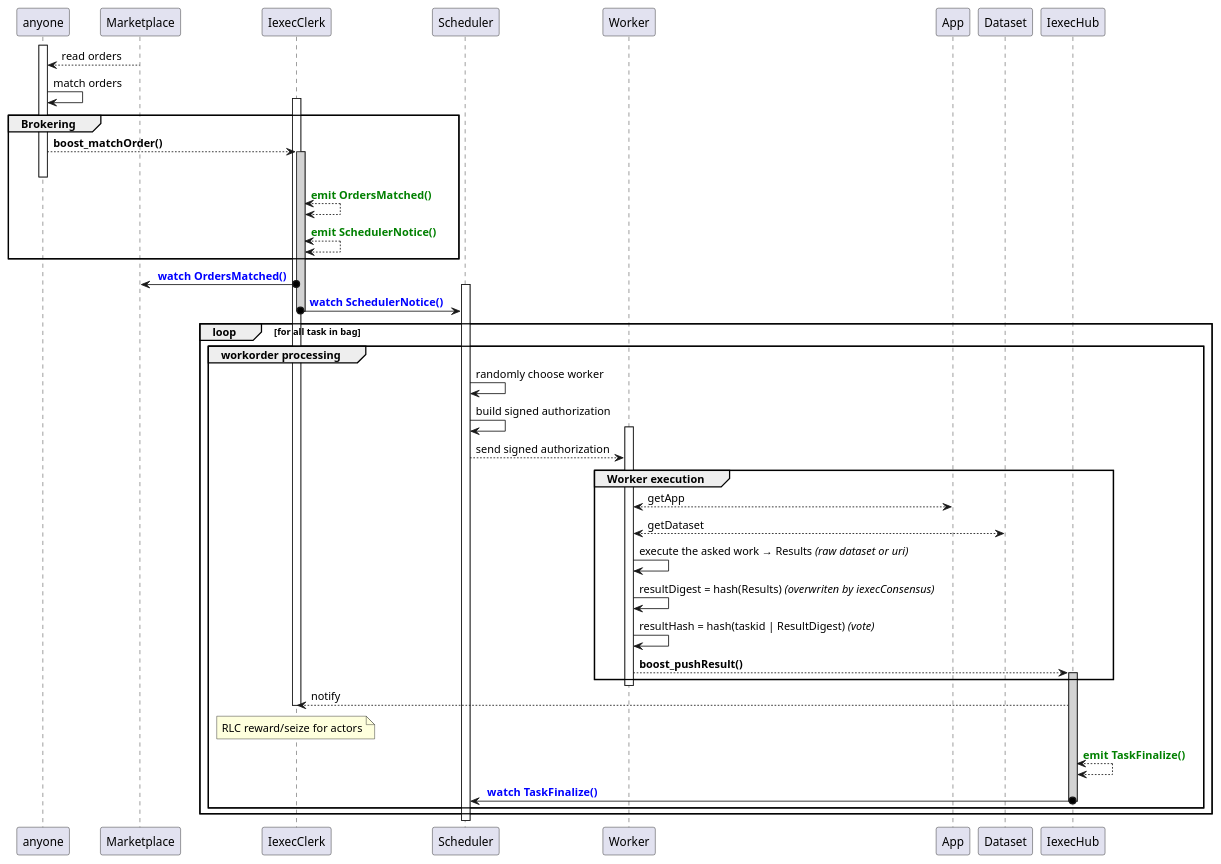
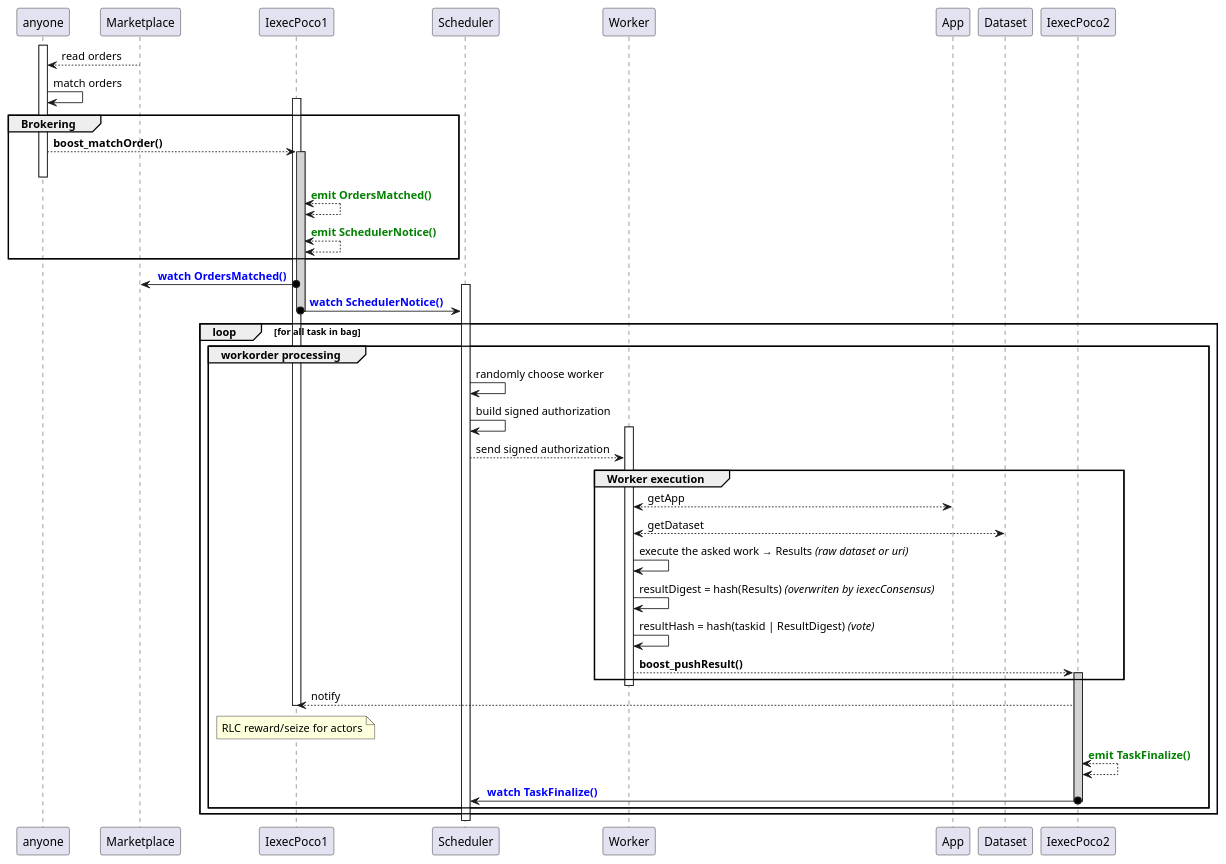
Before and after one commit to iExecBlockchainComputing/PoCo: the diagram in uml/nominalworkflow-ODB-2b-match2finalize-boost.puml, drawn with PlantUML. The commit also changed 6 other files, not shown here.

Commit message:
Rename IexecClerk/IexecHub to IexecPoco1/IexecPoco2 in uml dir

```diff
--- a/uml/nominalworkflow-ODB-2b-match2finalize-boost.puml
+++ b/uml/nominalworkflow-ODB-2b-match2finalize-boost.puml
@@ -1,52 +1,52 @@
 @startuml
 
 activate anyone
 Marketplace --> anyone  : read orders
 anyone -> anyone : match orders
-activate IexecClerk
+activate IexecPoco1
 
 group Brokering
-	anyone --> IexecClerk : <b>boost_matchOrder()
-	activate IexecClerk #lightgrey
+	anyone --> IexecPoco1 : <b>boost_matchOrder()
+	activate IexecPoco1 #lightgrey
 	deactivate anyone
-	IexecClerk <--> IexecClerk : <font color=green><b>emit OrdersMatched()
-	IexecClerk <--> IexecClerk : <font color=green><b>emit SchedulerNotice()
+	IexecPoco1 <--> IexecPoco1 : <font color=green><b>emit OrdersMatched()
+	IexecPoco1 <--> IexecPoco1 : <font color=green><b>emit SchedulerNotice()
 end
 
-IexecClerk o-> Marketplace : <font color=blue><b> watch OrdersMatched()
+IexecPoco1 o-> Marketplace : <font color=blue><b> watch OrdersMatched()
 deactivate Marketplace
 activate Scheduler
-IexecClerk o-> Scheduler : <font color=blue><b> watch SchedulerNotice()
-deactivate IexecClerk
+IexecPoco1 o-> Scheduler : <font color=blue><b> watch SchedulerNotice()
+deactivate IexecPoco1
 
 loop for all task in bag
 
 	group workorder processing
 		Scheduler -> Scheduler : randomly choose worker
 		Scheduler -> Scheduler : build signed authorization
 		activate Worker
 		Scheduler --> Worker : send signed authorization
 
 		group Worker execution
 			Worker  <--> App : getApp
 			Worker  <--> Dataset : getDataset
 			Worker -> Worker : execute the asked work → Results //(raw dataset or uri)//
 			Worker -> Worker : resultDigest = hash(Results) //(overwriten by iexecConsensus)//
 			Worker -> Worker : resultHash = hash(taskid | ResultDigest) //(vote)//
-			Worker --> IexecHub : <b>boost_pushResult()
-			activate IexecHub #lightgrey
+			Worker --> IexecPoco2 : <b>boost_pushResult()
+			activate IexecPoco2 #lightgrey
 		end
 
 		deactivate  Worker
 
-		IexecHub --> IexecClerk : notify
-		note over IexecClerk : RLC reward/seize for actors
-		deactivate IexecClerk
-		IexecHub <--> IexecHub : <font color=green><b>emit TaskFinalize()
-        IexecHub o-> Scheduler : <font color=blue><b> watch TaskFinalize()
-		deactivate IexecHub
+		IexecPoco2 --> IexecPoco1 : notify
+		note over IexecPoco1 : RLC reward/seize for actors
+		deactivate IexecPoco1
+		IexecPoco2 <--> IexecPoco2 : <font color=green><b>emit TaskFinalize()
+        IexecPoco2 o-> Scheduler : <font color=blue><b> watch TaskFinalize()
+		deactivate IexecPoco2
 
 	end
 end
 
 @enduml
```
